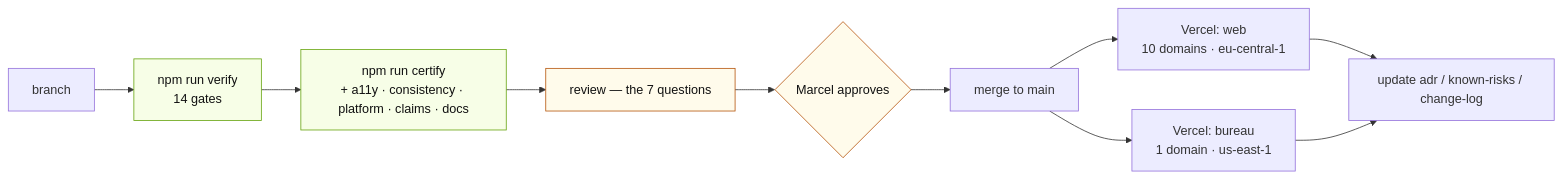
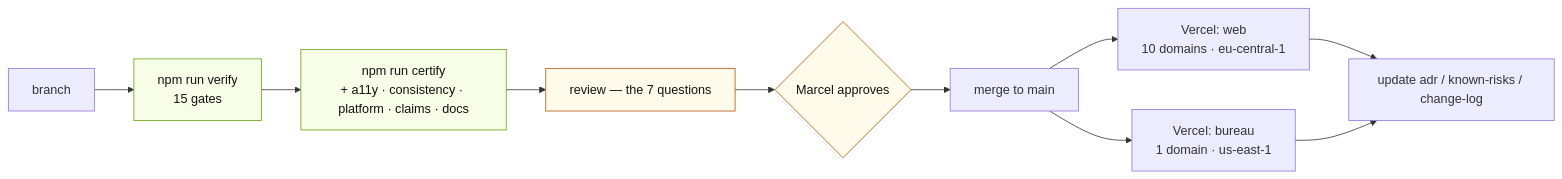
One commit to buddy1974/maxpromo.digital changed the eighth of 10 diagrams in docs/architecture/diagrams.md. Above: the diagram before and after it, drawn with Mermaid. The commit also changed 96 other files, not shown here.

````diff
--- a/docs/architecture/diagrams.md
+++ b/docs/architecture/diagrams.md
@@ -276,19 +276,19 @@
 ```mermaid
 flowchart LR
-  BR["branch"] --> V["npm run verify<br/>14 gates"]
+  BR["branch"] --> V["npm run verify<br/>15 gates"]
   V --> C["npm run certify<br/>+ a11y · consistency · platform · claims · docs"]
   C --> REV["review — the 7 questions"]
   REV --> APP{"Marcel approves"}
   APP --> MERGE["merge to main"]
 
   MERGE --> VW["Vercel: web<br/>10 domains · eu-central-1"]
   MERGE --> VB["Vercel: bureau<br/>1 domain · us-east-1"]
 
   VW --> DOC["update adr / known-risks / change-log"]
   VB --> DOC
 
   classDef gate fill:#F7FEE7,stroke:#65A30D,color:#111111
   classDef human fill:#FFFBEB,stroke:#B45309,color:#111111
   class V,C gate
   class REV,APP human
 ```
````
